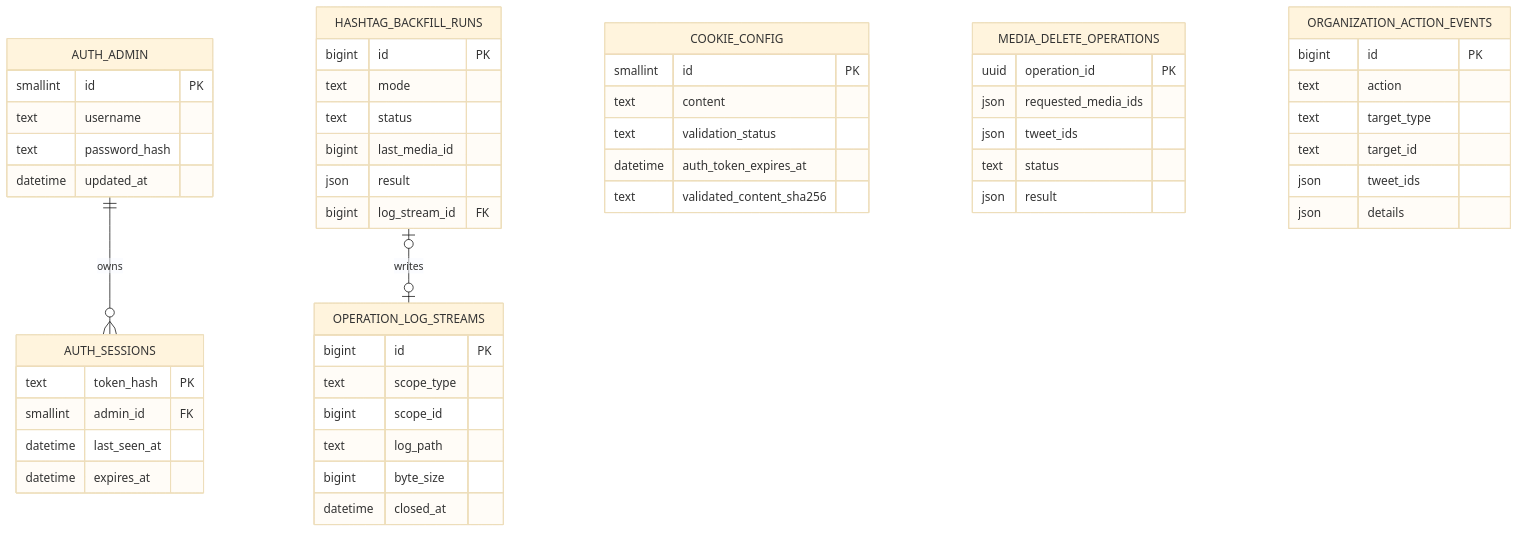
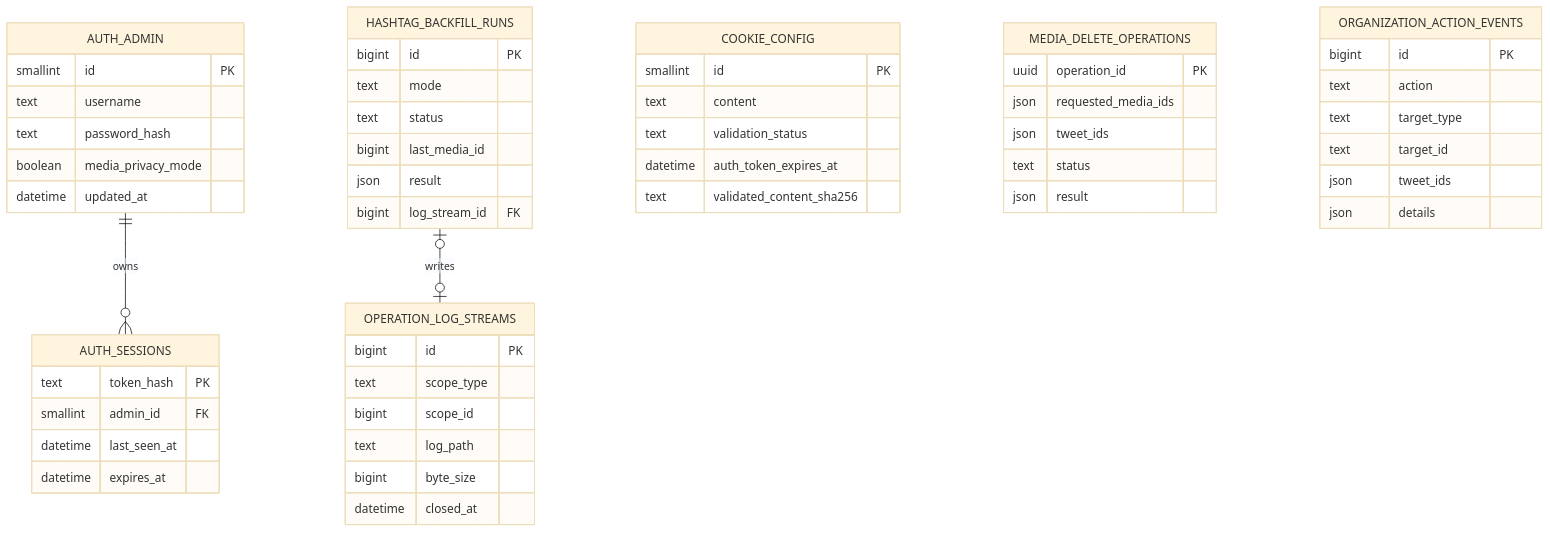
One commit to namehu/x-media-archiver changed the fifth of 5 diagrams in docs/architecture/data-model.md. Above: the diagram before and after it, drawn with Mermaid (base theme). The commit also changed other lines of this file and 77 other files, not shown here.

````diff
--- a/docs/architecture/data-model.md
+++ b/docs/architecture/data-model.md
@@ -291,56 +291,57 @@
 ```mermaid
 erDiagram
     AUTH_ADMIN ||--o{ AUTH_SESSIONS : owns
     HASHTAG_BACKFILL_RUNS o|--o| OPERATION_LOG_STREAMS : writes
 
     AUTH_ADMIN {
         smallint id PK
         text username
         text password_hash
+        boolean media_privacy_mode
         datetime updated_at
     }
     AUTH_SESSIONS {
         text token_hash PK
         smallint admin_id FK
         datetime last_seen_at
         datetime expires_at
     }
     COOKIE_CONFIG {
         smallint id PK
         text content
         text validation_status
         datetime auth_token_expires_at
         text validated_content_sha256
     }
     MEDIA_DELETE_OPERATIONS {
         uuid operation_id PK
         json requested_media_ids
         json tweet_ids
         text status
         json result
     }
     ORGANIZATION_ACTION_EVENTS {
         bigint id PK
         text action
         text target_type
         text target_id
         json tweet_ids
         json details
     }
     HASHTAG_BACKFILL_RUNS {
         bigint id PK
         text mode
         text status
         bigint last_media_id
         json result
         bigint log_stream_id FK
     }
     OPERATION_LOG_STREAMS {
         bigint id PK
         text scope_type
         bigint scope_id
         text log_path
         bigint byte_size
         datetime closed_at
     }
 ```
````
